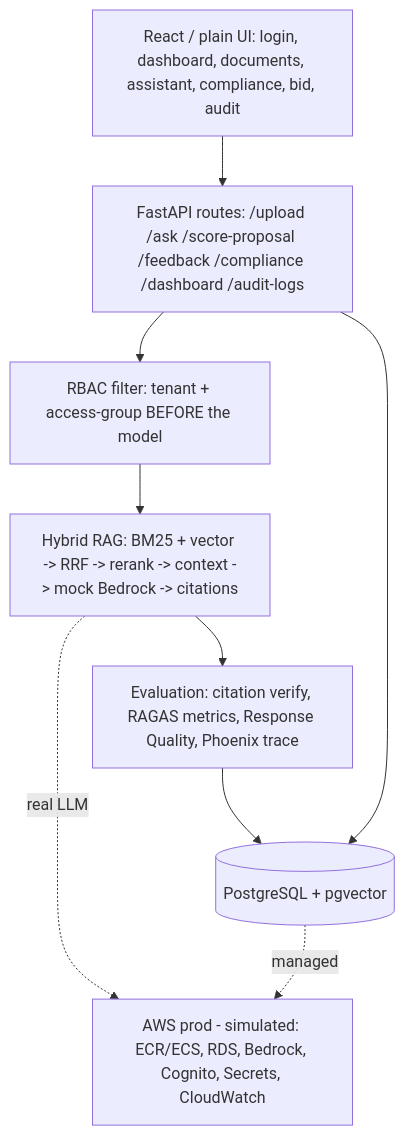
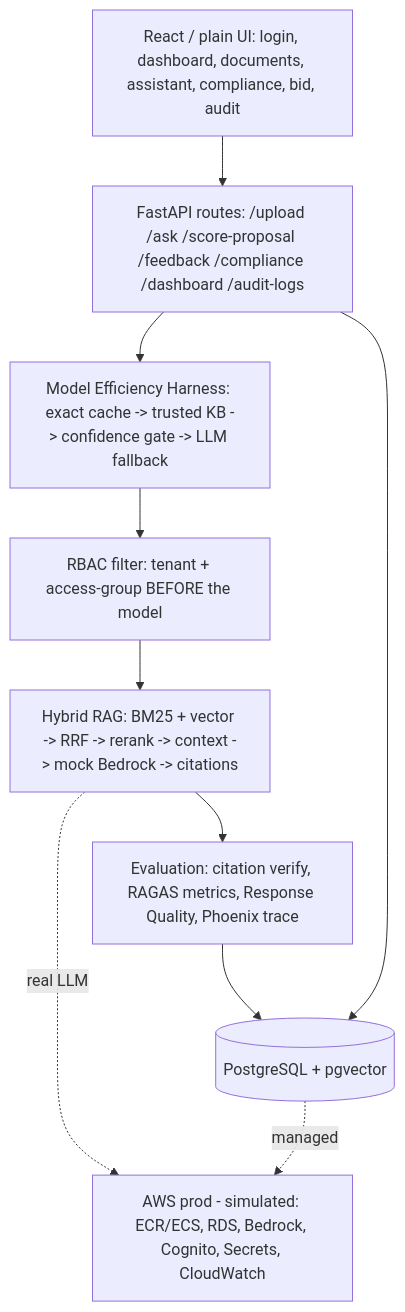
Before and after one commit to Souljahsmitty/bidintel-enterprise-rag: the diagram in README.md, drawn with Mermaid. The commit also changed other lines of this file and 16 other files, not shown here.

Commit message:
Add model efficiency harness

````diff
--- a/README.md
+++ b/README.md
@@ -31,14 +32,15 @@
 ```mermaid
 flowchart TB
   UI[React / plain UI: login, dashboard, documents, assistant, compliance, bid, audit]
   R[FastAPI routes: /upload /ask /score-proposal /feedback /compliance /dashboard /audit-logs]
+  CACHE[Model Efficiency Harness: exact cache -> trusted KB -> confidence gate -> LLM fallback]
   RBAC[RBAC filter: tenant + access-group BEFORE the model]
   RAG[Hybrid RAG: BM25 + vector -> RRF -> rerank -> context -> mock Bedrock -> citations]
   EVAL[Evaluation: citation verify, RAGAS metrics, Response Quality, Phoenix trace]
   DB[(PostgreSQL + pgvector)]
   AWS[AWS prod - simulated: ECR/ECS, RDS, Bedrock, Cognito, Secrets, CloudWatch]
-  UI --> R --> RBAC --> RAG --> EVAL --> DB
+  UI --> R --> CACHE --> RBAC --> RAG --> EVAL --> DB
   R --> DB
   RAG -. real LLM .-> AWS
   DB -. managed .-> AWS
 ```
````
